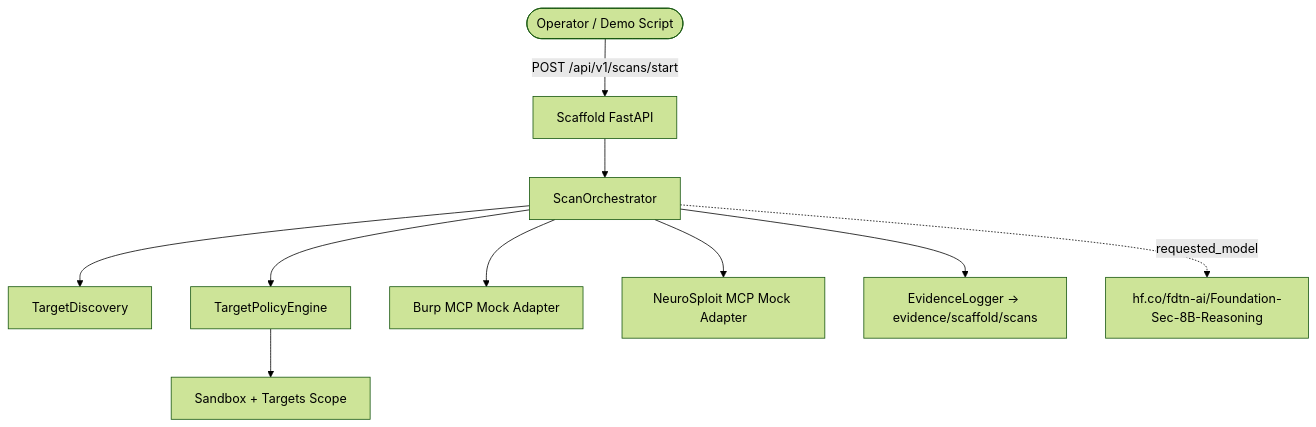
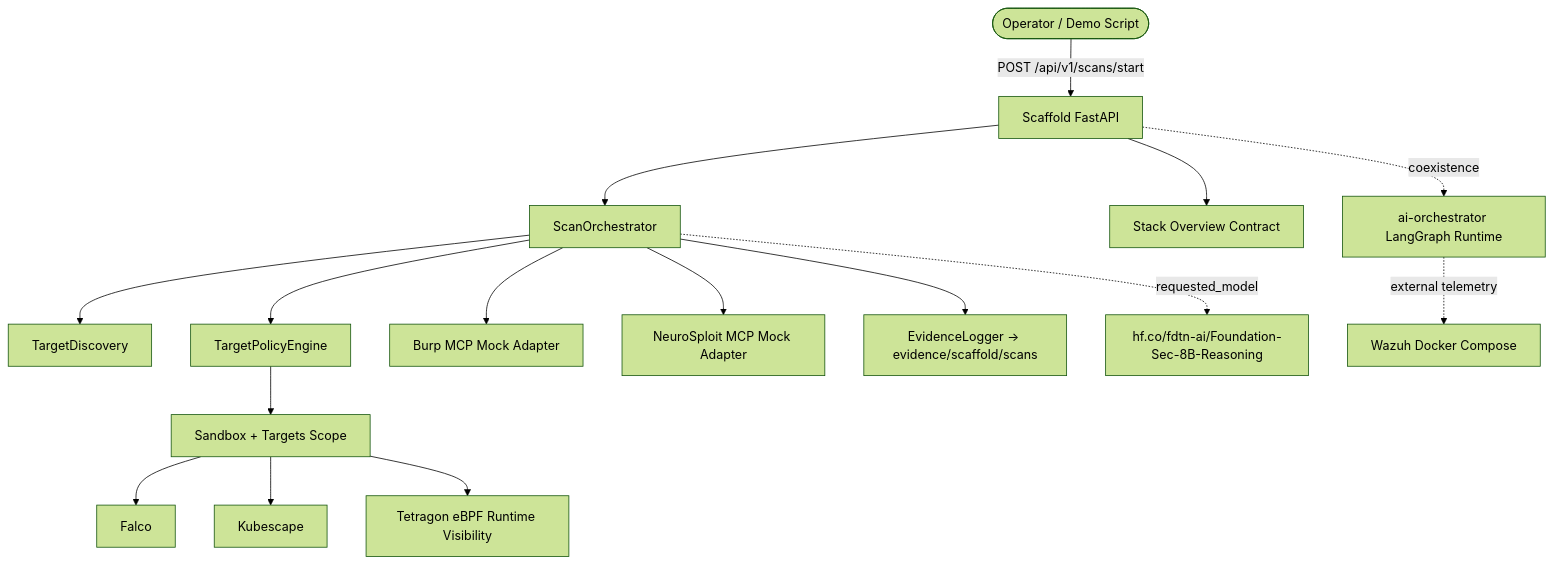
One commit to rubences/laboratorio-controlado-de-ciberseguridad-cloud-native-con-IA changed the diagram in README.md. Above: the diagram before and after it, drawn with Mermaid (forest theme). The commit also changed other lines of this file and 18 other files, not shown here.

First line of the commit message:
Add legacy bridge and runtime compatibility

````diff
--- a/README.md
+++ b/README.md
@@ -33,12 +46,18 @@
 ```mermaid
 graph TD
     User([Operator / Demo Script]) -->|POST /api/v1/scans/start| API[Scaffold FastAPI]
     API --> ORCH[ScanOrchestrator]
+    API --> PROFILE[Stack Overview Contract]
     ORCH --> DISC[TargetDiscovery]
     ORCH --> POLICY[TargetPolicyEngine]
     ORCH --> BURP[Burp MCP Mock Adapter]
     ORCH --> NEURO[NeuroSploit MCP Mock Adapter]
     ORCH --> EVIDENCE[EvidenceLogger -> evidence/scaffold/scans]
     POLICY --> K8S[Sandbox + Targets Scope]
     ORCH -. requested_model .-> LLM[hf.co/fdtn-ai/Foundation-Sec-8B-Reasoning]
+    API -. coexistence .-> LEGACY[ai-orchestrator LangGraph Runtime]
+    K8S --> FALCO[Falco]
+    K8S --> KUBESCAPE[Kubescape]
+    K8S --> TETRAGON[Tetragon eBPF Runtime Visibility]
+    LEGACY -. external telemetry .-> WAZUH[Wazuh Docker Compose]
 ```
````
